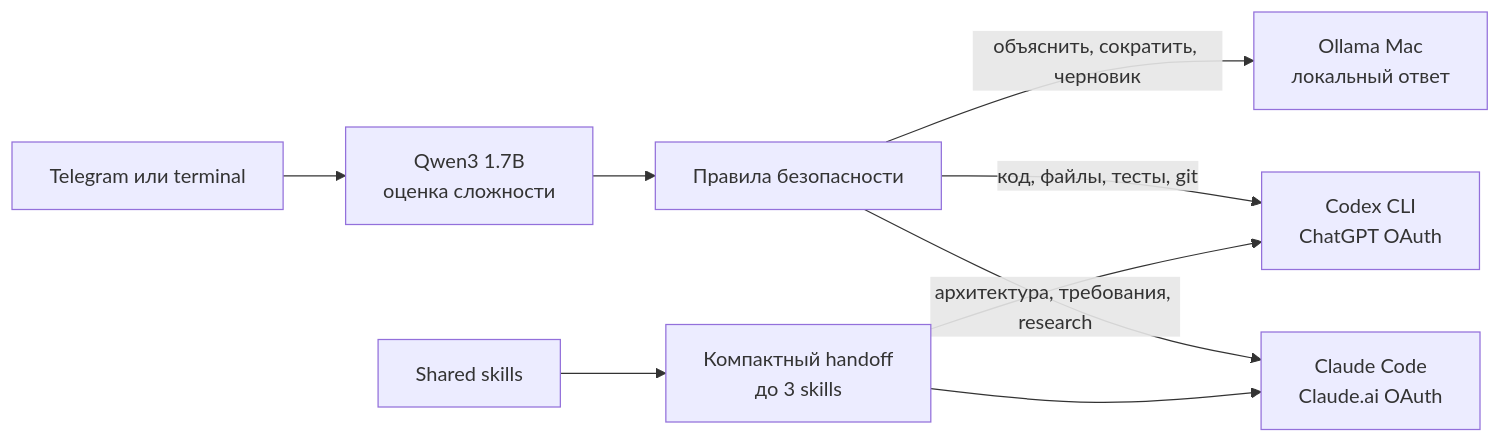
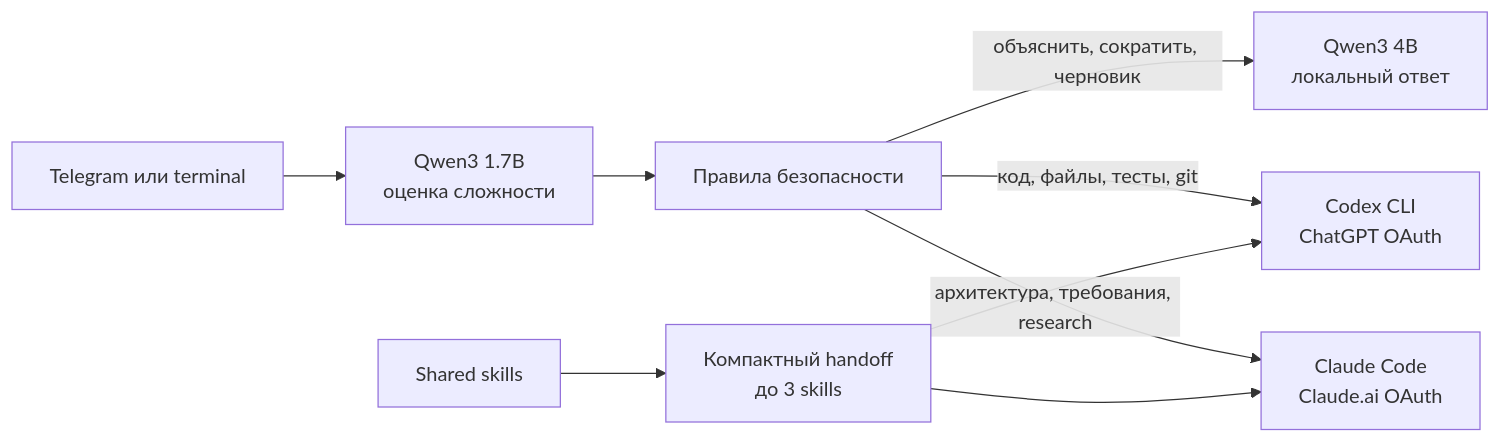
Before and after one commit to Lenis45/agent-os: the diagram in docs/SMART_MODEL_ROUTING_2026-08-14.md, drawn with Mermaid. The commit also changed other lines of this file and 2 other files, not shown here.

First line of the commit message:
docs(routing): record verified subscription flow

````diff
--- a/docs/SMART_MODEL_ROUTING_2026-08-14.md
+++ b/docs/SMART_MODEL_ROUTING_2026-08-14.md
@@ -11,11 +11,11 @@
 ```mermaid
 flowchart LR
     U["Telegram или terminal"] --> R["Qwen3 1.7B<br/>оценка сложности"]
     R --> G["Правила безопасности"]
-    G -->|"объяснить, сократить, черновик"| L["Ollama Mac<br/>локальный ответ"]
+    G -->|"объяснить, сократить, черновик"| L["Qwen3 4B<br/>локальный ответ"]
     G -->|"код, файлы, тесты, git"| C["Codex CLI<br/>ChatGPT OAuth"]
     G -->|"архитектура, требования, research"| A["Claude Code<br/>Claude.ai OAuth"]
     S["Shared skills"] --> H["Компактный handoff<br/>до 3 skills"]
     H --> C
     H --> A
 ```
````
